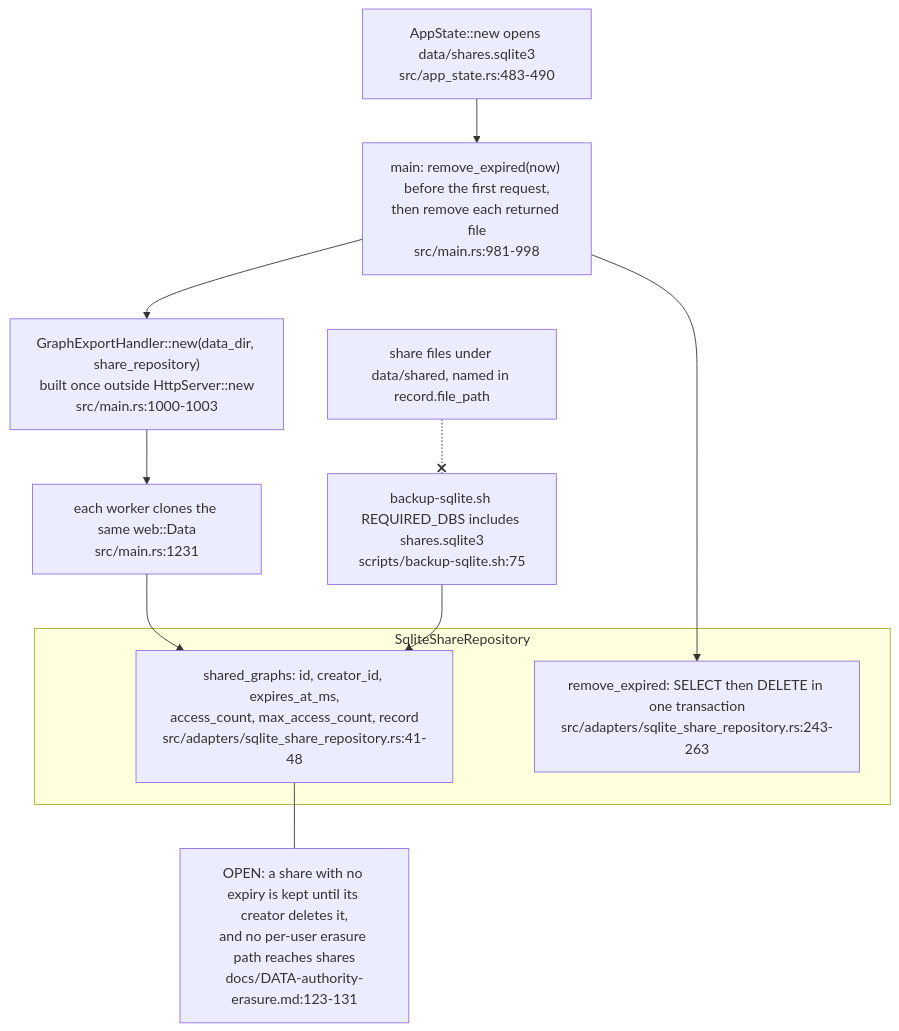
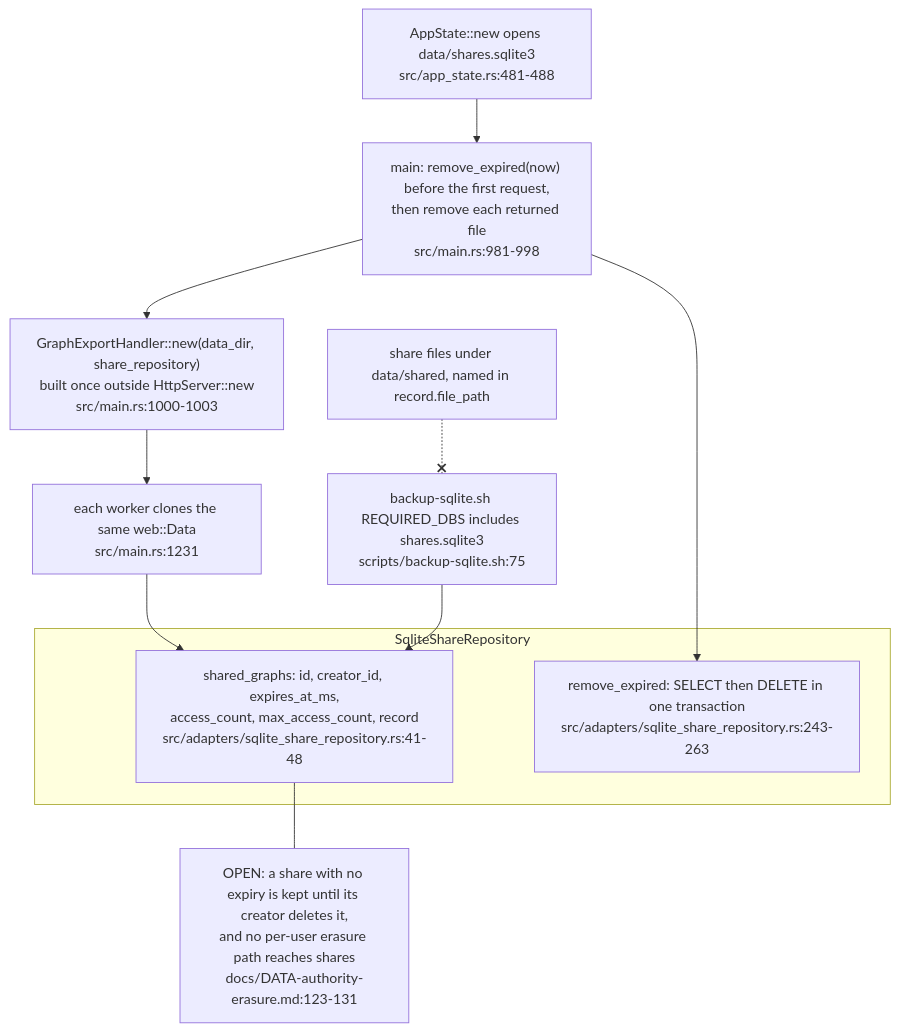
Before and after one commit to DreamLab-AI/VisionFlow: the tenth of 24 diagrams in docs/diagrams/visionclaw/04-handlers-graph-and-state.md, drawn with Mermaid. The commit also changed other lines of this file and 81 other files, not shown here.

First line of the commit message:
docs(diagrams): roll VisionClaw topics to main 010e1109b (PR 37 and 38 merged); fix remaining prose citations

````diff
--- a/docs/diagrams/visionclaw/04-handlers-graph-and-state.md
+++ b/docs/diagrams/visionclaw/04-handlers-graph-and-state.md
@@ -616,16 +597,16 @@
 ```mermaid
 flowchart TB
-    AS["AppState::new opens data/shares.sqlite3<br/>src/app_state.rs:483-490"] --> RM["main: remove_expired(now) before the first request,<br/>then remove each returned file<br/>src/main.rs:981-998"]
+    AS["AppState::new opens data/shares.sqlite3<br/>src/app_state.rs:481-488"] --> RM["main: remove_expired(now) before the first request,<br/>then remove each returned file<br/>src/main.rs:981-998"]
     RM --> GH["GraphExportHandler::new(data_dir, share_repository)<br/>built once outside HttpServer::new<br/>src/main.rs:1000-1003"]
     GH --> W["each worker clones the same web::Data<br/>src/main.rs:1231"]
     subgraph Store["SqliteShareRepository"]
         SC["shared_graphs: id, creator_id, expires_at_ms,<br/>access_count, max_access_count, record<br/>src/adapters/sqlite_share_repository.rs:41-48"]
         EXP["remove_expired: SELECT then DELETE in one transaction<br/>src/adapters/sqlite_share_repository.rs:243-263"]
     end
     W --> SC
     RM --> EXP
     BK["backup-sqlite.sh REQUIRED_DBS includes shares.sqlite3<br/>scripts/backup-sqlite.sh:75"] --> SC
     FILES["share files under data/shared, named in record.file_path"] -.-x BK
     N1["OPEN: a share with no expiry is kept until its creator deletes it,<br/>and no per-user erasure path reaches shares<br/>docs/DATA-authority-erasure.md:123-131"]
     SC --- N1
 ```
````
